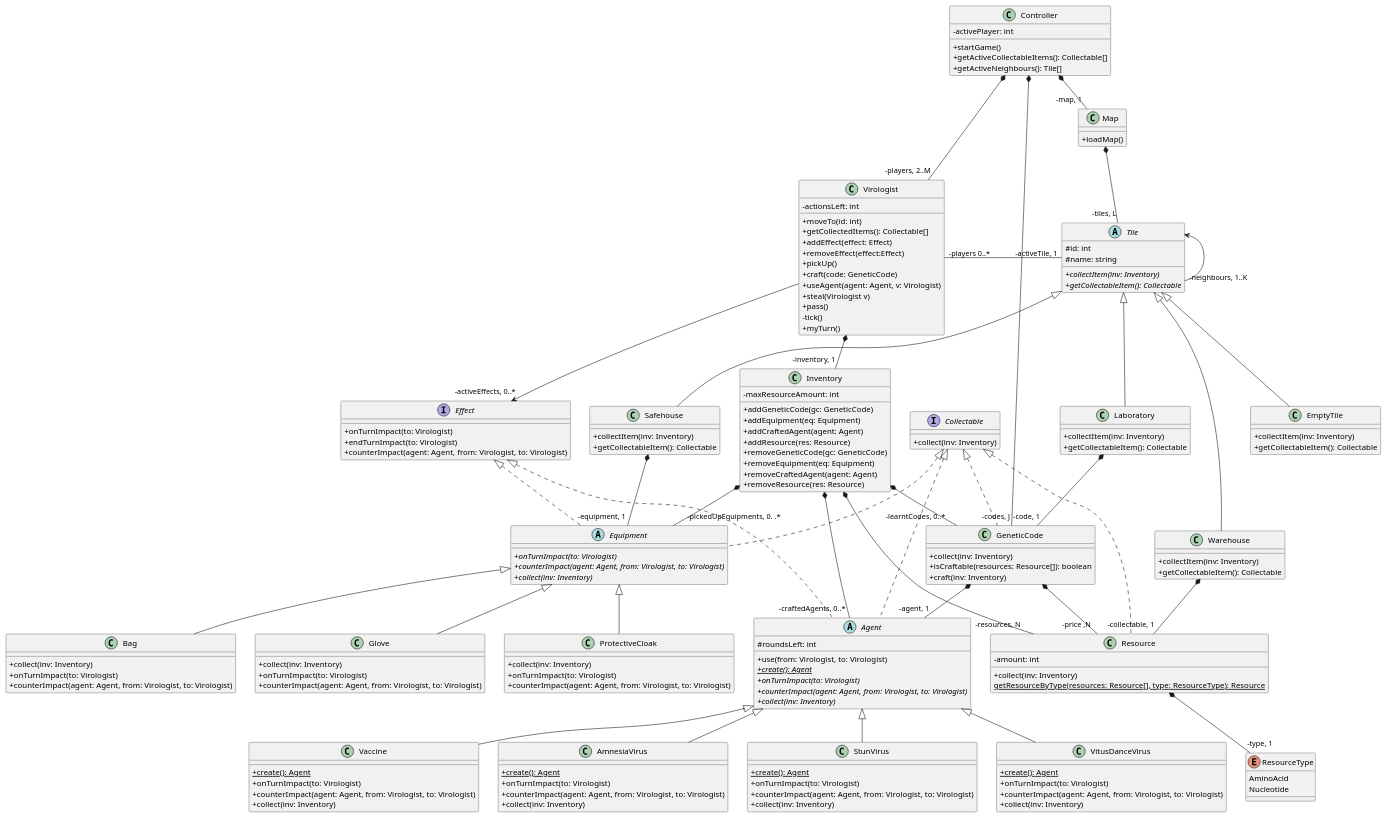
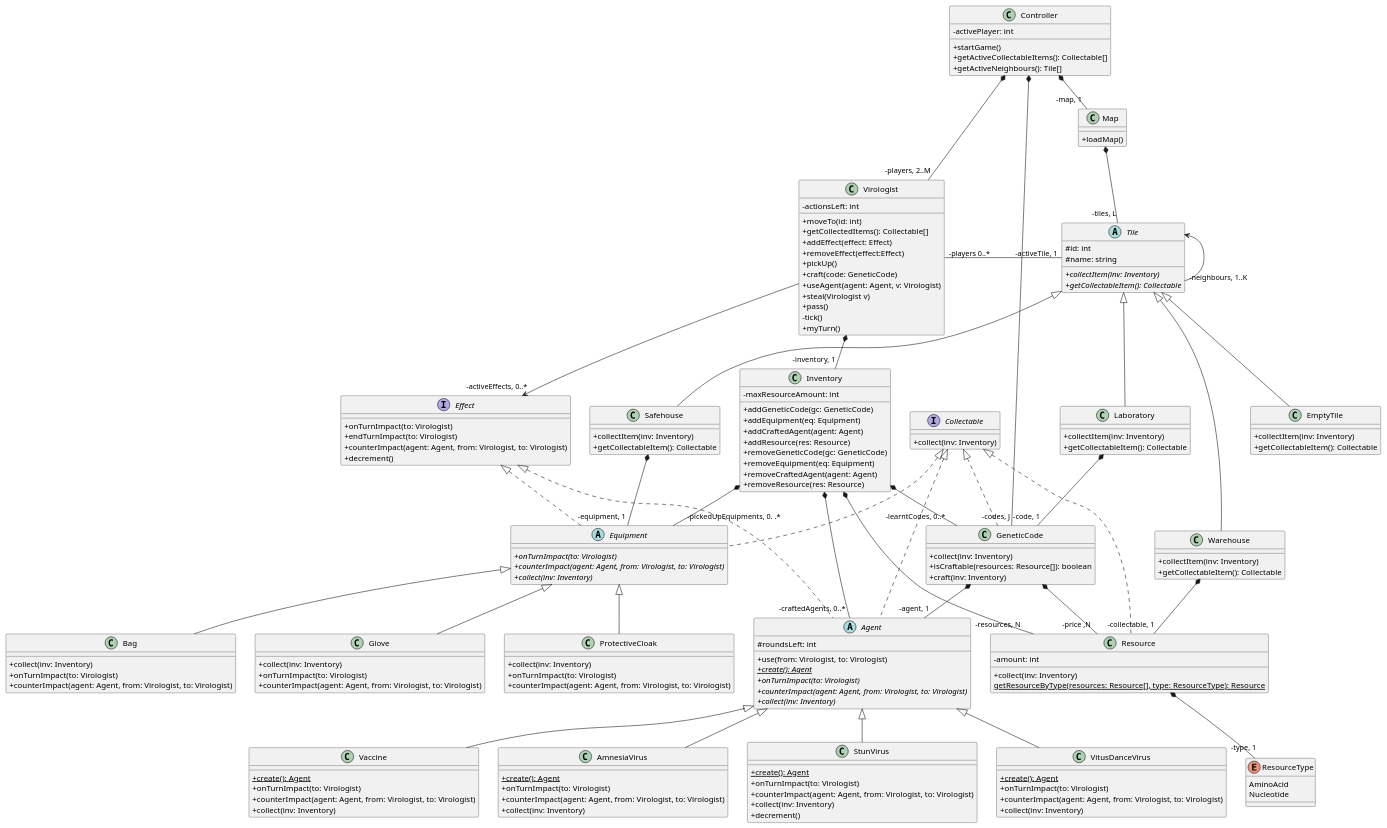
One commit to Tschonti/503-service-unavailable changed the diagram in docs/classDiagram.puml. Above: the diagram before and after it, drawn with PlantUML. The commit also changed 3 other files, not shown here.

```diff
--- a/docs/classDiagram.puml
+++ b/docs/classDiagram.puml
@@ -1,177 +1,179 @@
 @startuml
 'https://plantuml.com/class-diagram
 skinparam classAttributeIconSize 0
 class Resource implements Collectable {
     -amount: int
     +collect(inv: Inventory)
     {static} getResourceByType(resources: Resource[], type: ResourceType): Resource
 }
 
 enum ResourceType {
     AminoAcid
     Nucleotide
 }
 Resource *-- "-type, 1" ResourceType
 
 abstract class Agent implements Effect, Collectable {
     #roundsLeft: int
     +use(from: Virologist, to: Virologist)
     {static} {abstract} +create(): Agent
     {abstract} +onTurnImpact(to: Virologist)
     {abstract} +counterImpact(agent: Agent, from: Virologist, to: Virologist)
     'Lehet nem is kell
     {abstract} +collect(inv: Inventory)
 }
 
 class AmnesiaVirus extends Agent{
     {static} +create(): Agent
     +onTurnImpact(to: Virologist)
     +counterImpact(agent: Agent, from: Virologist, to: Virologist)
     +collect(inv: Inventory)
 }
 
 class StunVirus extends Agent{
     {static} +create(): Agent
     +onTurnImpact(to: Virologist)
     +counterImpact(agent: Agent, from: Virologist, to: Virologist)
     +collect(inv: Inventory)
+    +decrement()
 }
 class VitusDanceVirus extends Agent{
     {static} +create(): Agent
     +onTurnImpact(to: Virologist)
     +counterImpact(agent: Agent, from: Virologist, to: Virologist)
     +collect(inv: Inventory)
 }
 class Vaccine extends Agent{
     {static} +create(): Agent
     +onTurnImpact(to: Virologist)
     +counterImpact(agent: Agent, from: Virologist, to: Virologist)
     +collect(inv: Inventory)
 }
 
 class Virologist {
     -actionsLeft: int
     +moveTo(id: int)
     +getCollectedItems(): Collectable[]
     +addEffect(effect: Effect)
     +removeEffect(effect:Effect)
     'az alap useCase-ek:
     +pickUp()
     +craft(code: GeneticCode)
     +useAgent(agent: Agent, v: Virologist)
     +steal(Virologist v)
     +pass()
     /' Zsombi adta hozzá '/
    -tick()          /'crafted agentek idejét eggyel csökkenti'/
    +myTurn()        /' A játékos mikor sorra kerül ezek történnek '/
 }
 
 class Inventory {
     -maxResourceAmount: int
     +addGeneticCode(gc: GeneticCode)
     +addEquipment(eq: Equipment)
     +addCraftedAgent(agent: Agent)
     +addResource(res: Resource)
     +removeGeneticCode(gc: GeneticCode)
     +removeEquipment(eq: Equipment)
     +removeCraftedAgent(agent: Agent)
     +removeResource(res: Resource)
 }
 interface Effect {
     +onTurnImpact(to: Virologist)
     +endTurnImpact(to: Virologist)
     +counterImpact(agent: Agent, from: Virologist, to: Virologist)
+    +decrement()
 }
 class GeneticCode implements Collectable {
     +collect(inv: Inventory)
     +isCraftable(resources: Resource[]): boolean
     +craft(inv: Inventory)
 }
 
 interface Collectable {
     +collect(inv: Inventory)
 }
 
 Virologist *-- "-inventory, 1" Inventory
 Virologist --> "-activeEffects, 0..*" Effect
 
 Inventory *-- "-learntCodes, 0..*" GeneticCode
 Inventory *-- "-pickedUpEquipments, 0. .*" Equipment
 Inventory *-- "-craftedAgents, 0..*" Agent
 Inventory *-- "-resources, N" Resource
 
 GeneticCode *-- "-price ,N" Resource
 GeneticCode *-- "-agent, 1" Agent
 
 Virologist "-players 0..*" - "-activeTile, 1" Tile
 
 abstract class Equipment implements Effect, Collectable {
     {abstract} +onTurnImpact(to: Virologist)
     {abstract} +counterImpact(agent: Agent, from: Virologist, to: Virologist)
     {abstract} +collect(inv: Inventory)
 
 }
 class ProtectiveCloak extends Equipment {
     +collect(inv: Inventory)
     +onTurnImpact(to: Virologist)
     +counterImpact(agent: Agent, from: Virologist, to: Virologist)
 }
 
 class Bag extends Equipment{
     +collect(inv: Inventory)
     +onTurnImpact(to: Virologist)
     +counterImpact(agent: Agent, from: Virologist, to: Virologist)
 }
 class Glove extends Equipment {
     +collect(inv: Inventory)
     +onTurnImpact(to: Virologist)
     +counterImpact(agent: Agent, from: Virologist, to: Virologist)
 }
 
 'There is Collectable getter because EmptyTile must have a getter either
 abstract class Tile {
     #id: int
     #name: string
     {abstract} +collectItem(inv: Inventory)
     {abstract} +getCollectableItem(): Collectable
 }
 class Laboratory extends Tile {
     +collectItem(inv: Inventory)
     +getCollectableItem(): Collectable
 }
 
 class Safehouse extends Tile {
     +collectItem(inv: Inventory)
     +getCollectableItem(): Collectable
 }
 class Warehouse extends Tile {
     +collectItem(inv: Inventory)
     +getCollectableItem(): Collectable
 }
 class EmptyTile extends Tile {
     +collectItem(inv: Inventory)
     +getCollectableItem(): Collectable
 }
 
 class Map {
     +loadMap()
 }
 Laboratory *-- "-code, 1" GeneticCode
 Safehouse *-- "-equipment, 1" Equipment
 Warehouse *-- "-collectable, 1" Resource
 
 Map  *-- "-tiles, L" Tile
 Tile <-- "-neighbours, 1..K" Tile
 
 
 class Controller {
     -activePlayer: int
     +startGame()
     +getActiveCollectableItems(): Collectable[]
     +getActiveNeighbours(): Tile[]
 }
 Controller *-- "-map, 1" Map
 Controller *-- "-players, 2..M" Virologist
 Controller *-- "-codes, J" GeneticCode
 
 @enduml
```
